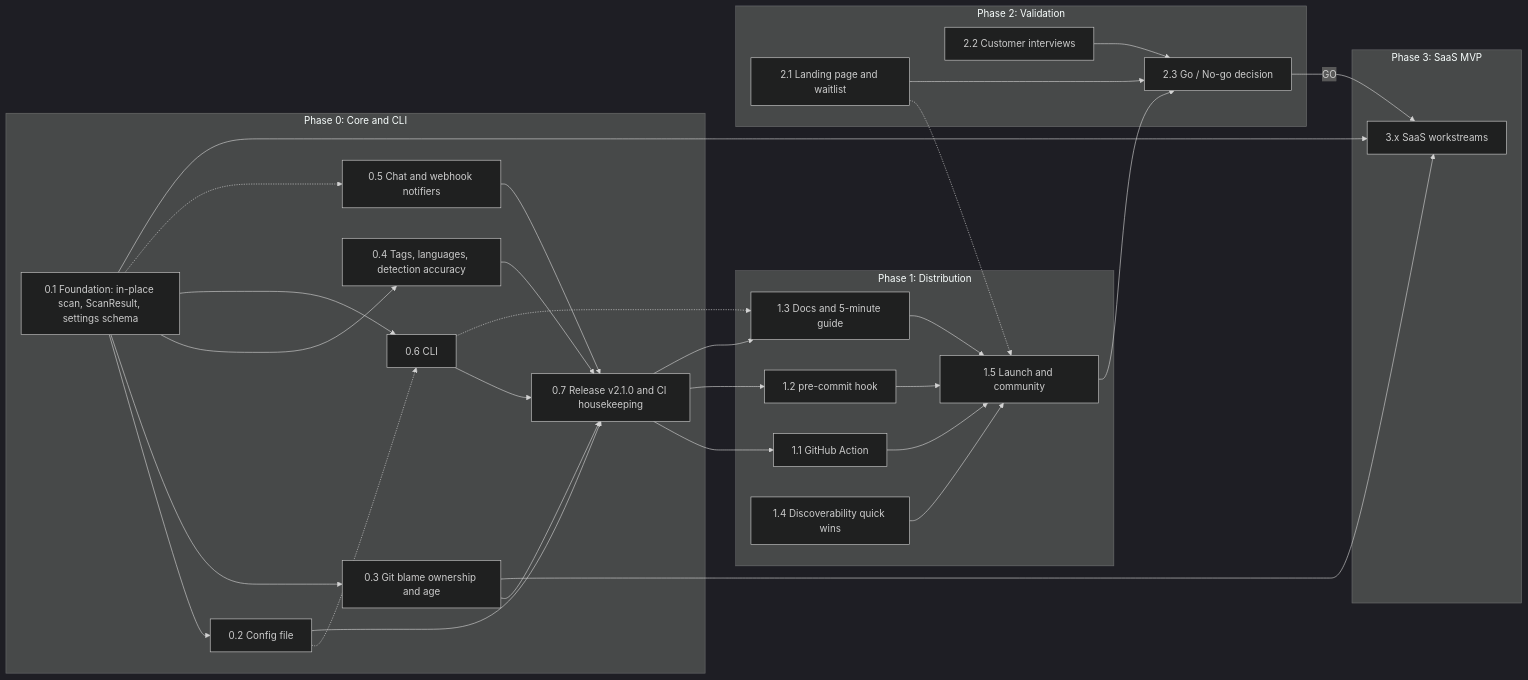
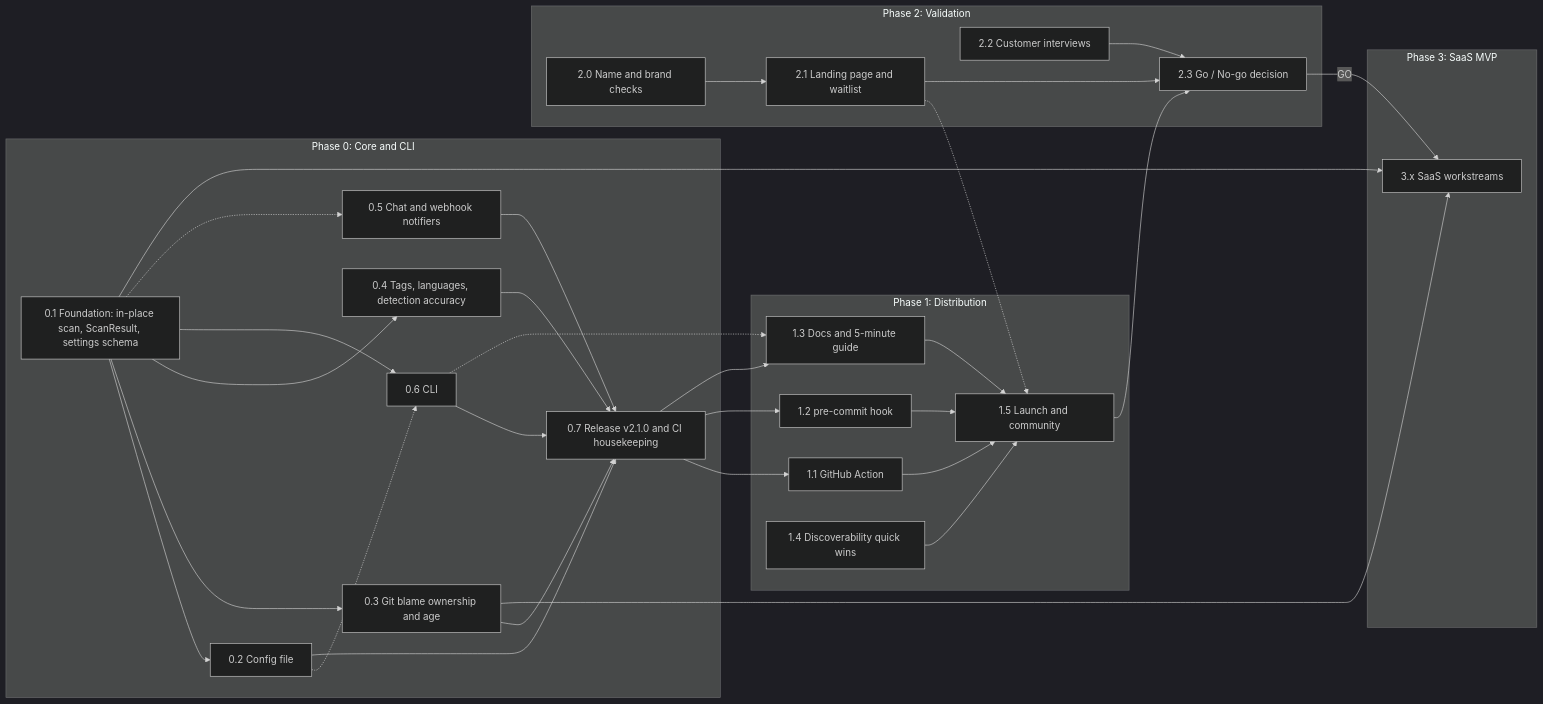
The diagram in roadmap/README.md (ashu-tosh-kumar/todo_notifier), drawn with Mermaid (dark theme) before and after one commit. The commit also changed other lines of this file and 4 other files, not shown here.

First line of the commit message:
docs(roadmap): record maintainer decisions D1-D6

````diff
--- a/roadmap/README.md
+++ b/roadmap/README.md
@@ -26,43 +30,45 @@
 ```mermaid
 flowchart LR
     subgraph P0[Phase 0: Core and CLI]
         A01[0.1 Foundation: in-place scan, ScanResult, settings schema]
         A02[0.2 Config file]
         A03[0.3 Git blame ownership and age]
         A04[0.4 Tags, languages, detection accuracy]
         A05[0.5 Chat and webhook notifiers]
         A06[0.6 CLI]
         A07[0.7 Release v2.1.0 and CI housekeeping]
         A01 --> A02 & A03 & A04 & A06
         A01 -.-> A05
         A02 -.-> A06
         A02 & A03 & A04 & A05 & A06 --> A07
     end
 
     subgraph P1[Phase 1: Distribution]
         B11[1.1 GitHub Action]
         B12[1.2 pre-commit hook]
         B13[1.3 Docs and 5-minute guide]
         B14[1.4 Discoverability quick wins]
         B15[1.5 Launch and community]
     end
 
     subgraph P2[Phase 2: Validation]
+        C20[2.0 Name and brand checks]
         C21[2.1 Landing page and waitlist]
+        C20 --> C21
         C22[2.2 Customer interviews]
         C23[2.3 Go / No-go decision]
     end
 
     subgraph P3[Phase 3: SaaS MVP]
         D3[3.x SaaS workstreams]
     end
 
     A07 --> B11 & B12
     A06 -.-> B13
     A07 --> B13
     B11 & B12 & B13 & B14 --> B15
     C21 -.-> B15
     B15 & C21 & C22 --> C23
     C23 -->|GO| D3
     A01 & A03 --> D3
 ```
````
